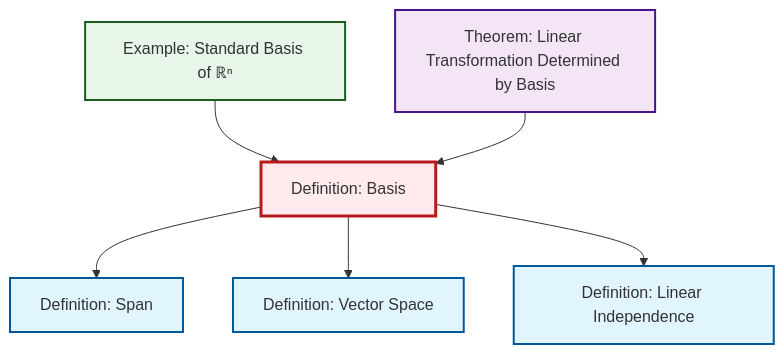
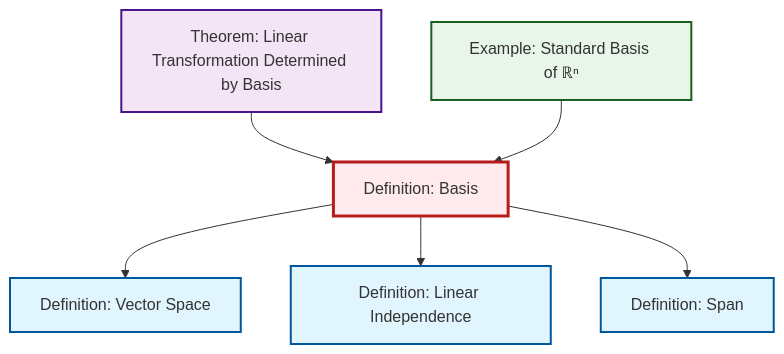
The diagram in content/en/algebra/def-basis.qmd (RK0429/ModernMath), drawn with Mermaid before and after one commit. The commit also changed other lines of this file and 474 other files, not shown here.

````diff
--- a/content/en/algebra/def-basis.qmd
+++ b/content/en/algebra/def-basis.qmd
@@ -48,26 +48,26 @@
 ```{mermaid}
 %%| fig-cap: "Local dependency graph"
 graph TD
     classDef definition fill:#e1f5fe,stroke:#01579b,stroke-width:2px
     classDef theorem fill:#f3e5f5,stroke:#4a148c,stroke-width:2px
     classDef axiom fill:#fff3e0,stroke:#e65100,stroke-width:2px
     classDef example fill:#e8f5e9,stroke:#1b5e20,stroke-width:2px
     classDef current fill:#ffebee,stroke:#b71c1c,stroke-width:3px
+    def-linear-independence["Definition: Linear Independence"]:::definition
     thm-linear-transformation-basis["Theorem: Linear Transformation Determined by Basis"]:::theorem
-    def-linear-independence["Definition: Linear Independence"]:::definition
+    def-vector-space["Definition: Vector Space"]:::definition
     def-basis["Definition: Basis"]:::definition
     ex-standard-basis-rn["Example: Standard Basis of ℝⁿ"]:::example
     def-span["Definition: Span"]:::definition
-    def-vector-space["Definition: Vector Space"]:::definition
-    ex-standard-basis-rn --> def-basis
-    def-basis --> def-span
     thm-linear-transformation-basis --> def-basis
     def-basis --> def-vector-space
+    ex-standard-basis-rn --> def-basis
     def-basis --> def-linear-independence
+    def-basis --> def-span
     class def-basis current
+    click def-linear-independence "def-linear-independence.html" "Go to Linear Independence definition"
     click thm-linear-transformation-basis "thm-linear-transformation-basis.html" "Go to Linear Transformation Determined by Basis theorem"
-    click def-linear-independence "def-linear-independence.html" "Go to Linear Independence definition"
+    click def-vector-space "def-vector-space.html" "Go to Vector Space definition"
     click ex-standard-basis-rn "ex-standard-basis-rn.html" "Go to Standard Basis of ℝⁿ example"
     click def-span "def-span.html" "Go to Span definition"
-    click def-vector-space "def-vector-space.html" "Go to Vector Space definition"
 ```
````
